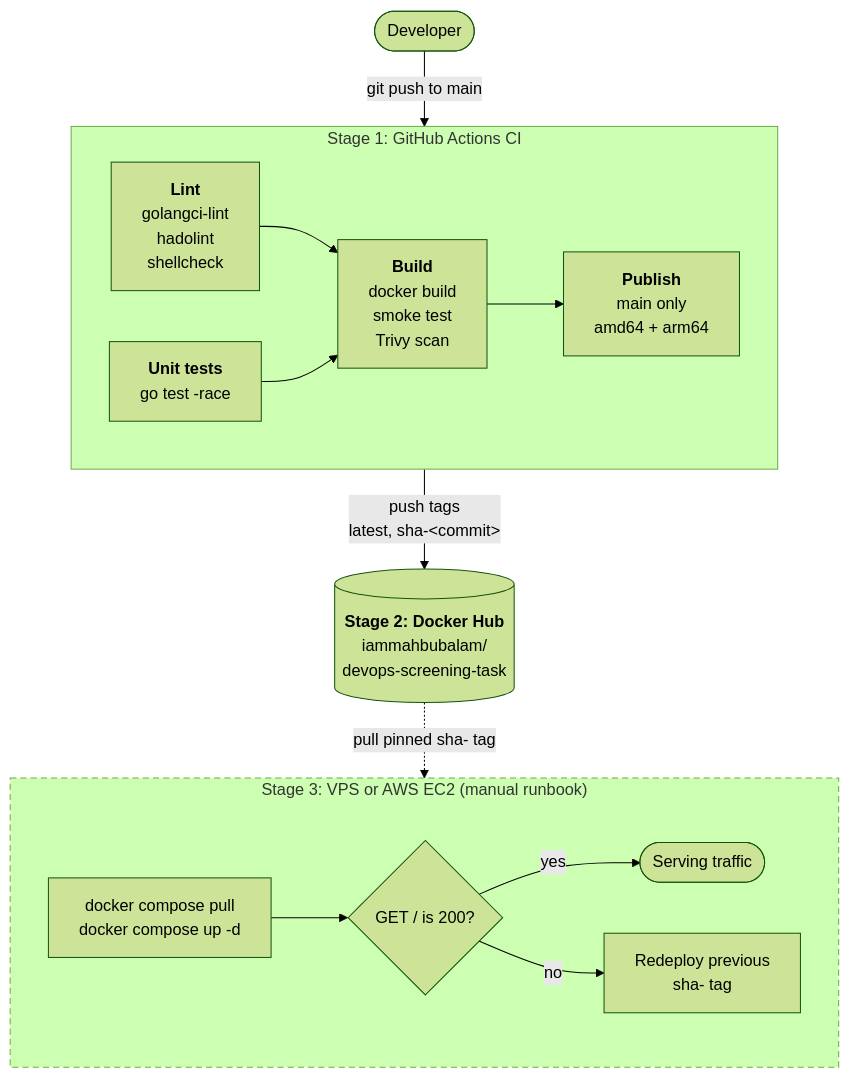
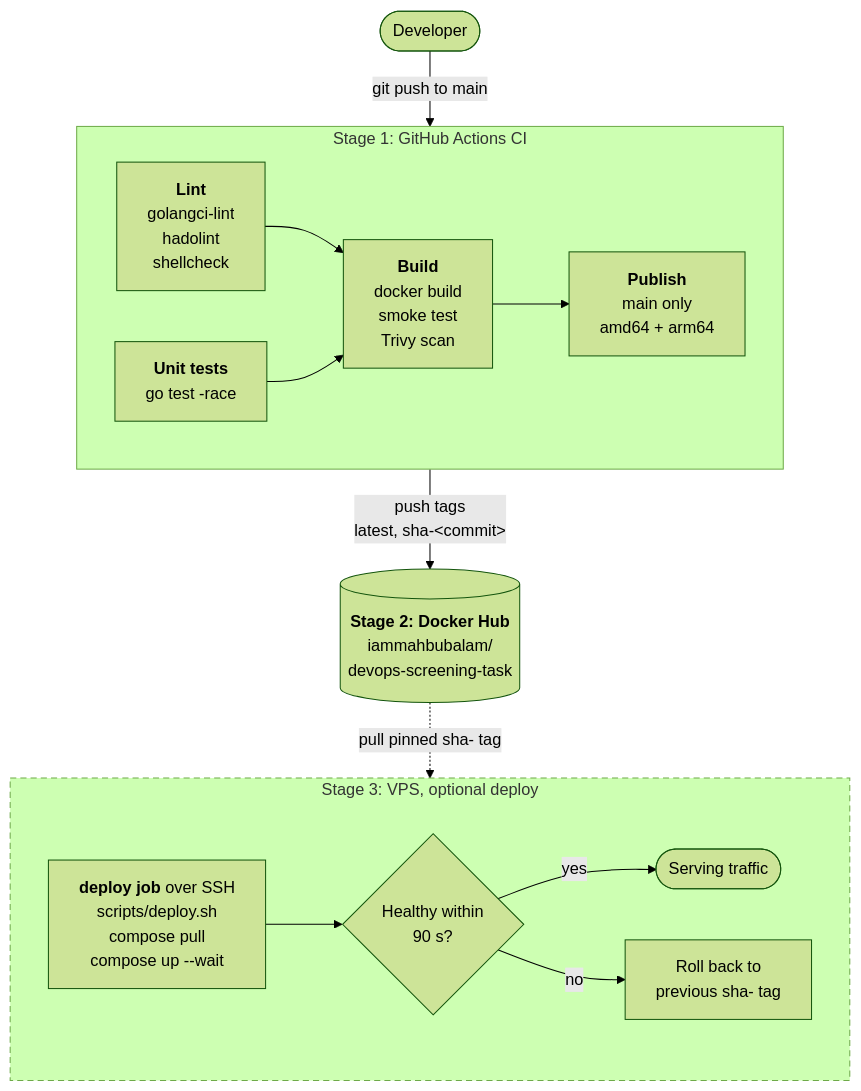
One commit to iammahbubalam/devops-screening-task changed the diagram in README.md. Above: the diagram before and after it, drawn with Mermaid (forest theme). The commit also changed other lines of this file and 1 other file, not shown here.

First line of the commit message:
docs: document optional VPS deploy and update pipeline diagram

````diff
--- a/README.md
+++ b/README.md
@@ -135,32 +138,32 @@
 ```mermaid
 flowchart TB
     dev(["Developer"]) -->|"git push to main"| ci
 
     subgraph ci["Stage 1: GitHub Actions CI"]
         direction LR
         lint["<b>Lint</b><br/>golangci-lint<br/>hadolint<br/>shellcheck"]
         test["<b>Unit tests</b><br/>go test -race"]
         build["<b>Build</b><br/>docker build<br/>smoke test<br/>Trivy scan"]
         publish["<b>Publish</b><br/>main only<br/>amd64 + arm64"]
         lint --> build
         test --> build
         build --> publish
     end
 
     ci -->|"push tags<br/>latest, sha-&lt;commit&gt;"| hub[("<b>Stage 2: Docker Hub</b><br/>iammahbubalam/<br/>devops-screening-task")]
 
     hub -.->|"pull pinned sha- tag"| vps
 
-    subgraph vps["Stage 3: VPS or AWS EC2 (manual runbook)"]
+    subgraph vps["Stage 3: VPS, optional deploy"]
         direction LR
-        deploy["docker compose pull<br/>docker compose up -d"]
-        check{"GET / is 200?"}
+        deploy["<b>deploy job</b> over SSH<br/>scripts/deploy.sh<br/>compose pull<br/>compose up --wait"]
+        check{"Healthy within<br/>90 s?"}
         live(["Serving traffic"])
-        rollback["Redeploy previous<br/>sha- tag"]
+        rollback["Roll back to<br/>previous sha- tag"]
         deploy --> check
         check -->|yes| live
         check -->|no| rollback
     end
 
     style vps stroke-dasharray: 6 4
 ```
````
